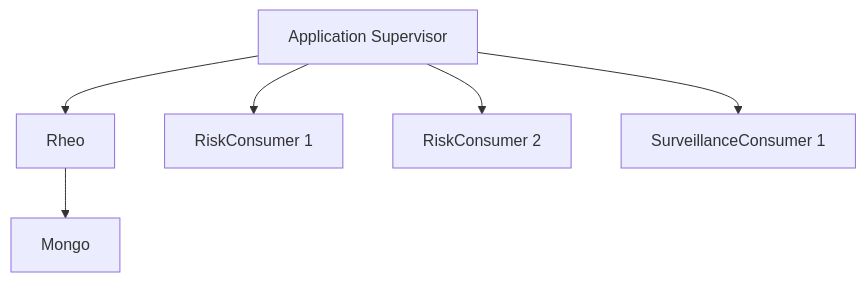
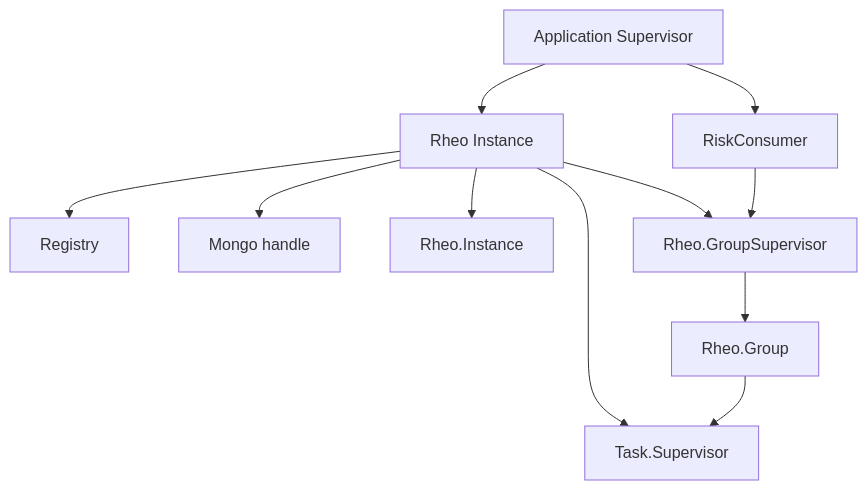
The second of 3 diagrams in docs/diagrams.md (thanos/rheo), drawn with Mermaid before and after one commit. The commit also changed other lines of this file and 45 other files, not shown here.

````diff
--- a/docs/diagrams.md
+++ b/docs/diagrams.md
@@ -22,9 +25,14 @@
 ```mermaid
 flowchart TB
   AppSup[Application Supervisor]
-  AppSup --> RheoSup[Rheo]
-  AppSup --> C1[RiskConsumer 1]
-  AppSup --> C2[RiskConsumer 2]
-  AppSup --> C3[SurveillanceConsumer 1]
-  RheoSup --> Topo[Mongo]
+  AppSup --> RheoInst[Rheo Instance]
+  AppSup --> C1[RiskConsumer]
+  RheoInst --> Reg[Registry]
+  RheoInst --> Mongo[Mongo handle]
+  RheoInst --> Inst[Rheo.Instance]
+  RheoInst --> Tasks[Task.Supervisor]
+  RheoInst --> GS[Rheo.GroupSupervisor]
+  C1 --> GS
+  GS --> G1[Rheo.Group]
+  G1 --> Tasks
 ```
````
